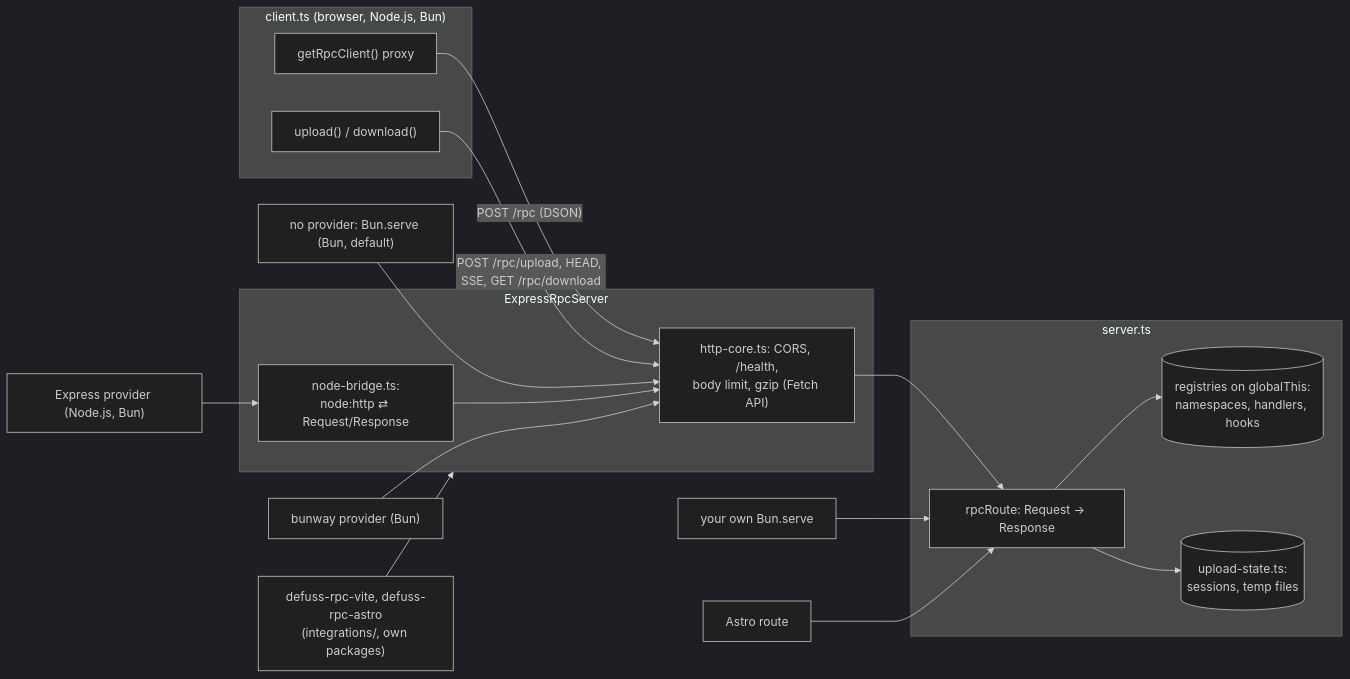
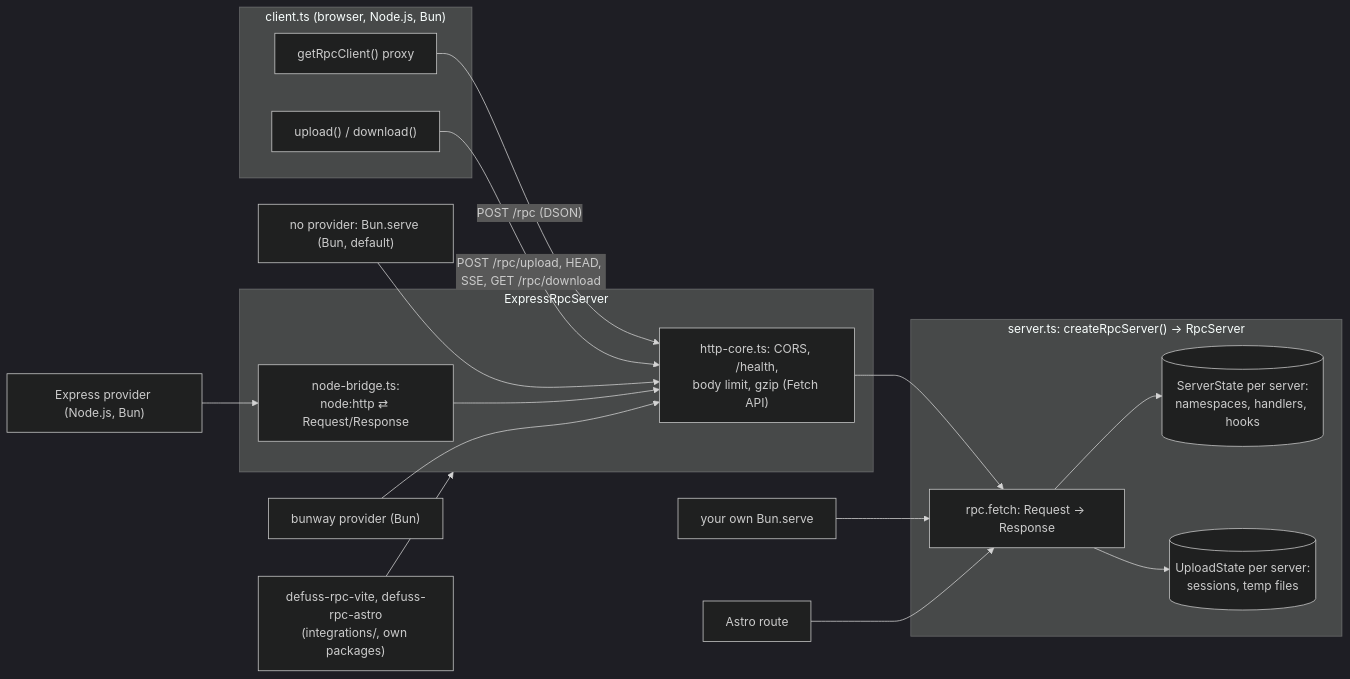
The first of 2 diagrams in ARCH.md (kyr0/defuss-rpc), drawn with Mermaid (dark theme) before and after one commit. The commit also changed other lines of this file and 48 other files, not shown here.

First line of the commit message:
defuss-rpc 4.0.0: createRpcServer() returns a server of its own

````diff
--- a/ARCH.md
+++ b/ARCH.md
@@ -7,28 +7,28 @@
 ```mermaid
 flowchart LR
   subgraph Client["client.ts (browser, Node.js, Bun)"]
     proxy["getRpcClient() proxy"]
     up["upload() / download()"]
   end
-  subgraph Server["server.ts"]
-    route["rpcRoute: Request → Response"]
-    reg[("registries on globalThis:<br/>namespaces, handlers, hooks")]
-    state[("upload-state.ts:<br/>sessions, temp files")]
+  subgraph Server["server.ts: createRpcServer() → RpcServer"]
+    route["rpc.fetch: Request → Response"]
+    reg[("ServerState per server:<br/>namespaces, handlers, hooks")]
+    state[("UploadState per server:<br/>sessions, temp files")]
   end
   subgraph Http["ExpressRpcServer"]
     core["http-core.ts: CORS, /health,<br/>body limit, gzip (Fetch API)"]
     bridge["node-bridge.ts:<br/>node:http ⇄ Request/Response"]
   end
   proxy -- "POST /rpc (DSON)" --> core
   up -- "POST /rpc/upload, HEAD, SSE, GET /rpc/download" --> core
   core --> route
   route --> reg
   route --> state
   def["no provider: Bun.serve (Bun, default)"] --> core
   ex["Express provider (Node.js, Bun)"] --> bridge
   bridge --> core
   bw["bunway provider (Bun)"] --> core
   bun["your own Bun.serve"] --> route
   astro["Astro route"] --> route
   vite["defuss-rpc-vite, defuss-rpc-astro<br/>(integrations/, own packages)"] --> Http
 ```
````
